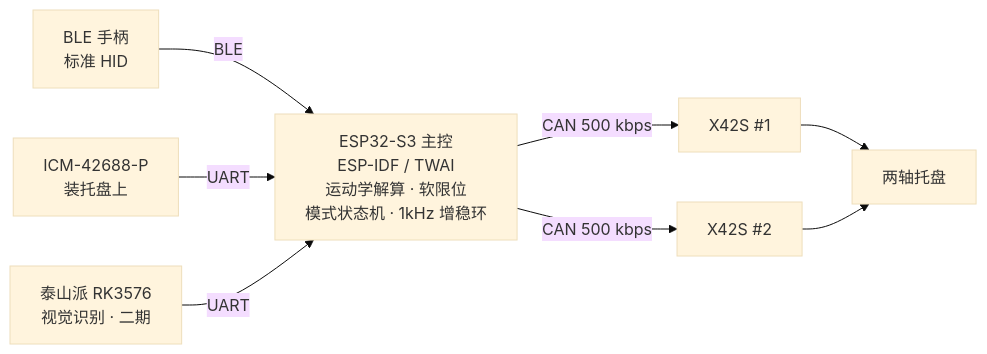
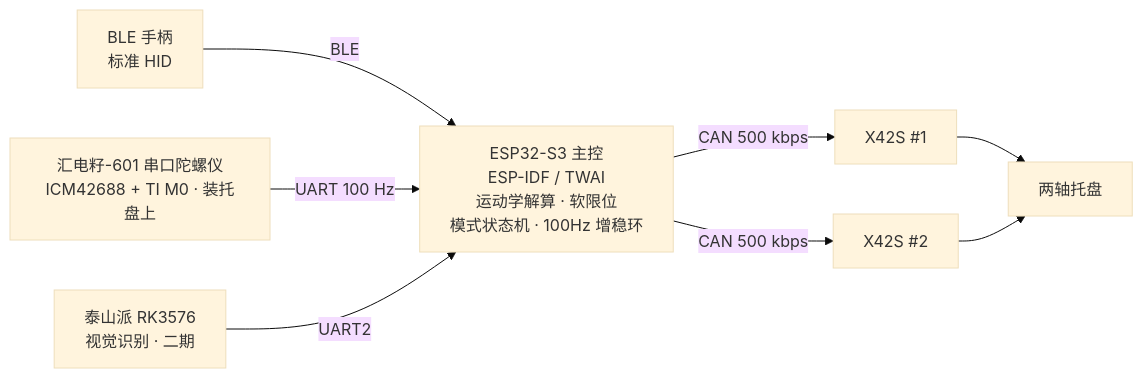
The diagram in README.md (shellinea/2dof-stabilized-turret), drawn with Mermaid (base theme) before and after one commit. The commit also changed other lines of this file and 3 other files, not shown here.

First line of the commit message:
fix: 按实物修正 IMU 方案——裸 ICM-42688/SPI/1kHz 实为汇电籽-601/UART/100Hz

````diff
--- a/README.md
+++ b/README.md
@@ -51,16 +54,16 @@
 ```mermaid
 flowchart LR
-    ESP["ESP32-S3 主控<br/>ESP-IDF / TWAI<br/>运动学解算 · 软限位<br/>模式状态机 · 1kHz 增稳环"]
+    ESP["ESP32-S3 主控<br/>ESP-IDF / TWAI<br/>运动学解算 · 软限位<br/>模式状态机 · 100Hz 增稳环"]
 
     GP["BLE 手柄<br/>标准 HID"] -->|BLE| ESP
-    IMU["ICM-42688-P<br/>装托盘上"] -->|UART| ESP
-    RK["泰山派 RK3576<br/>视觉识别 · 二期"] -->|UART| ESP
+    IMU["汇电籽-601 串口陀螺仪<br/>ICM42688 + TI M0 · 装托盘上"] -->|UART 100 Hz| ESP
+    RK["泰山派 RK3576<br/>视觉识别 · 二期"] -->|UART2| ESP
 
     M1["X42S #1"]
     M2["X42S #2"]
 
     ESP -->|CAN 500 kbps| M1
     ESP -->|CAN 500 kbps| M2
     M1 --> T["两轴托盘"]
     M2 --> T
 ```
````
